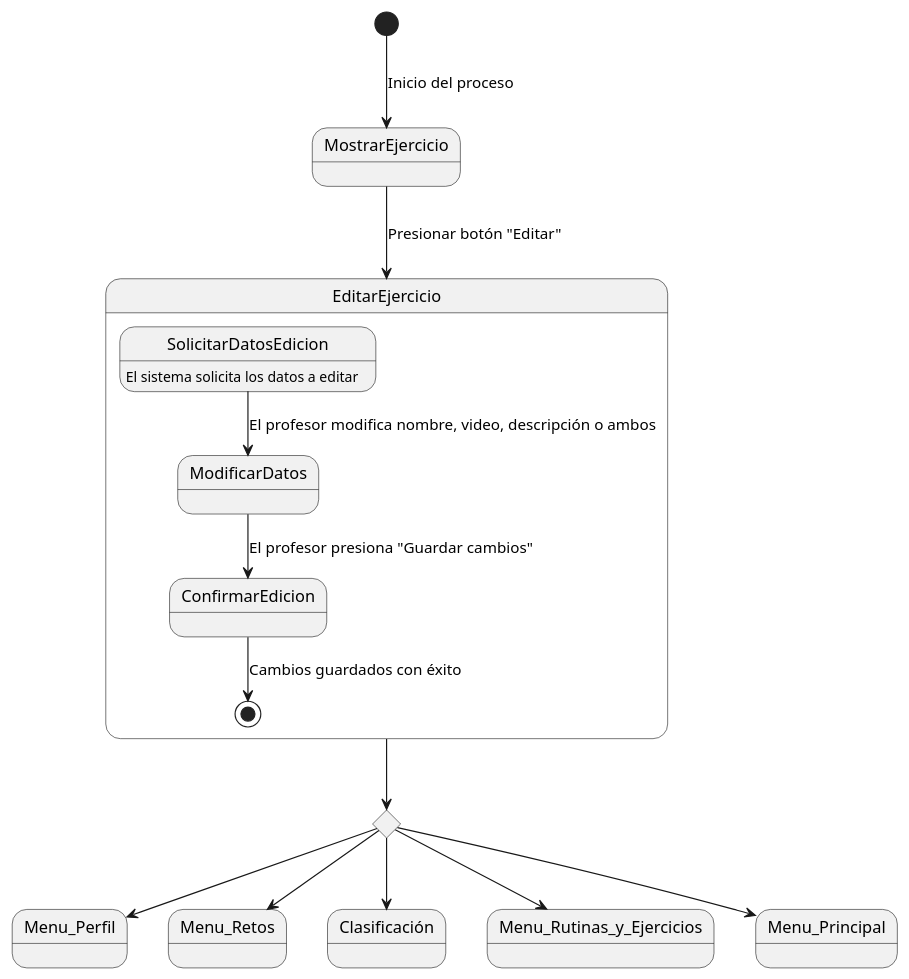
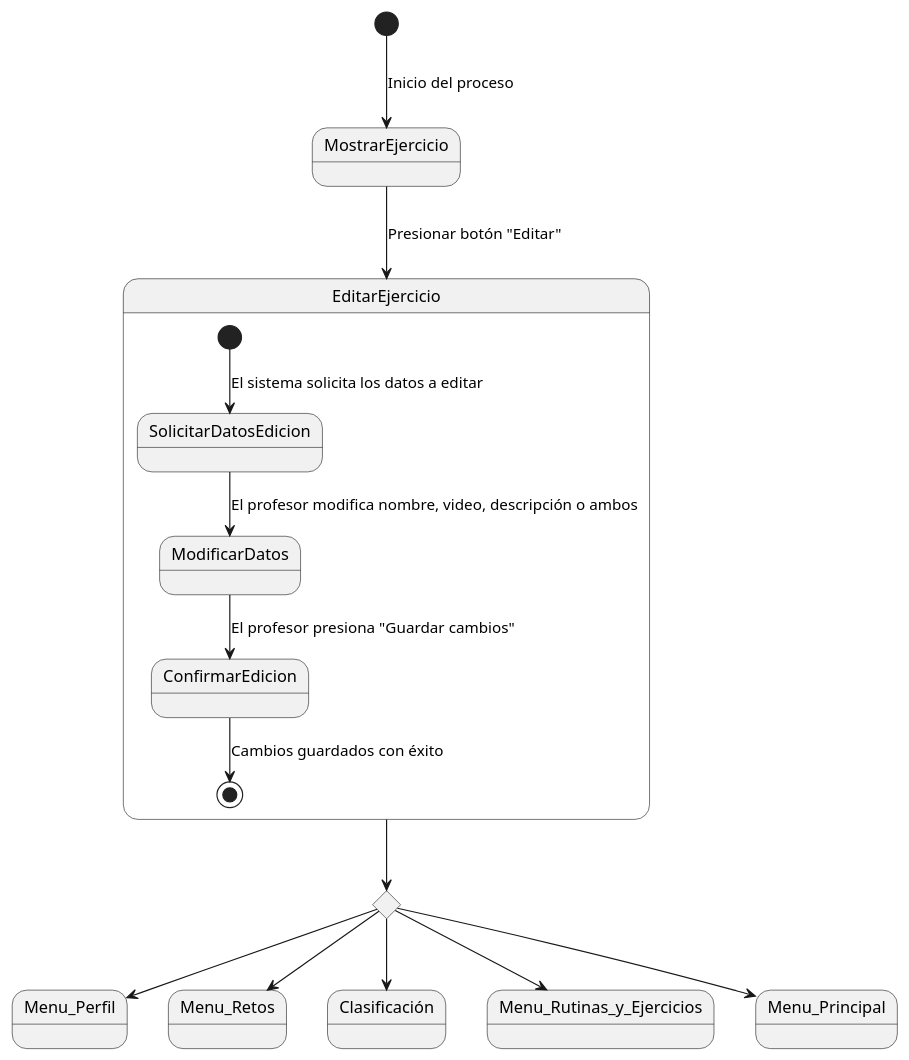
Before and after one commit to mmasias/24-25-IdSw1-SDR: the diagram in Documentos/DetallarCasosDeUso/Profesor/EditarEjercicio.puml, drawn with PlantUML.

```diff
--- a/Documentos/DetallarCasosDeUso/Profesor/EditarEjercicio.puml
+++ b/Documentos/DetallarCasosDeUso/Profesor/EditarEjercicio.puml
@@ -1,18 +1,18 @@
 @startuml
 [*] --> MostrarEjercicio : Inicio del proceso
 state rombo <<choice>>
 rombo --> Menu_Perfil
 rombo --> Menu_Retos
 rombo --> Clasificación
 rombo --> Menu_Rutinas_y_Ejercicios
 rombo --> Menu_Principal
 
 MostrarEjercicio --> EditarEjercicio : Presionar botón "Editar"
 EditarEjercicio --> rombo
 state EditarEjercicio {
-  SolicitarDatosEdicion : El sistema solicita los datos a editar
+  [*] --> SolicitarDatosEdicion : El sistema solicita los datos a editar
   SolicitarDatosEdicion --> ModificarDatos : El profesor modifica nombre, video, descripción o ambos
   ModificarDatos --> ConfirmarEdicion : El profesor presiona "Guardar cambios"
   ConfirmarEdicion --> [*] : Cambios guardados con éxito
 }
 @enduml
```
